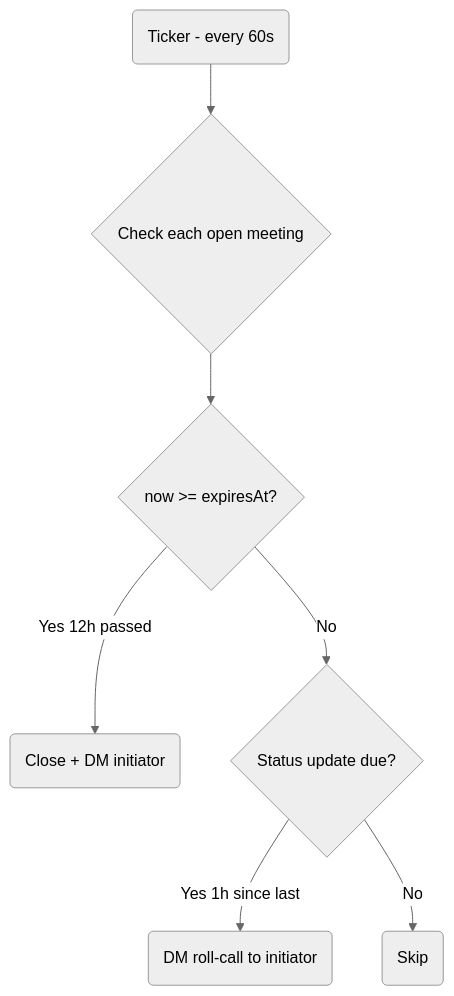
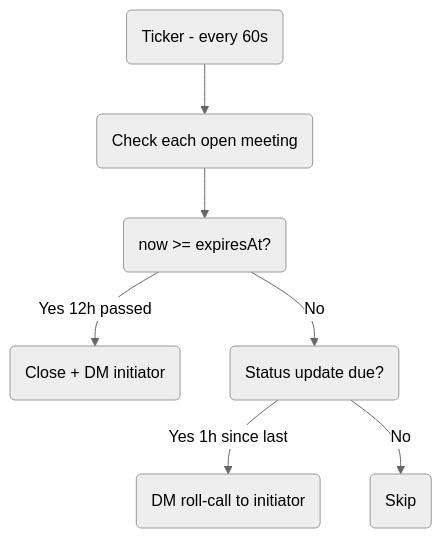
One commit to javana3/claw_meeting_all changed the sixth of 7 diagrams in README.md. Above: the diagram before and after it, drawn with Mermaid (neutral theme). The commit also changed other lines of this file and 4 other files, not shown here.

First line of the commit message:
docs: round all diagram nodes and update colors across 5 languages

````diff
--- a/README.md
+++ b/README.md
@@ -157,9 +157,9 @@
 ```mermaid
 graph TD
-    A(Ticker - every 60s) --> B{Check each open meeting}
-    B --> C{now >= expiresAt?}
+    A(Ticker - every 60s) --> B(Check each open meeting)
+    B --> C(now >= expiresAt?)
     C -->|Yes 12h passed| D(Close + DM initiator)
-    C -->|No| E{Status update due?}
+    C -->|No| E(Status update due?)
     E -->|Yes 1h since last| F(DM roll-call to initiator)
     E -->|No| G(Skip)
 ```
````
